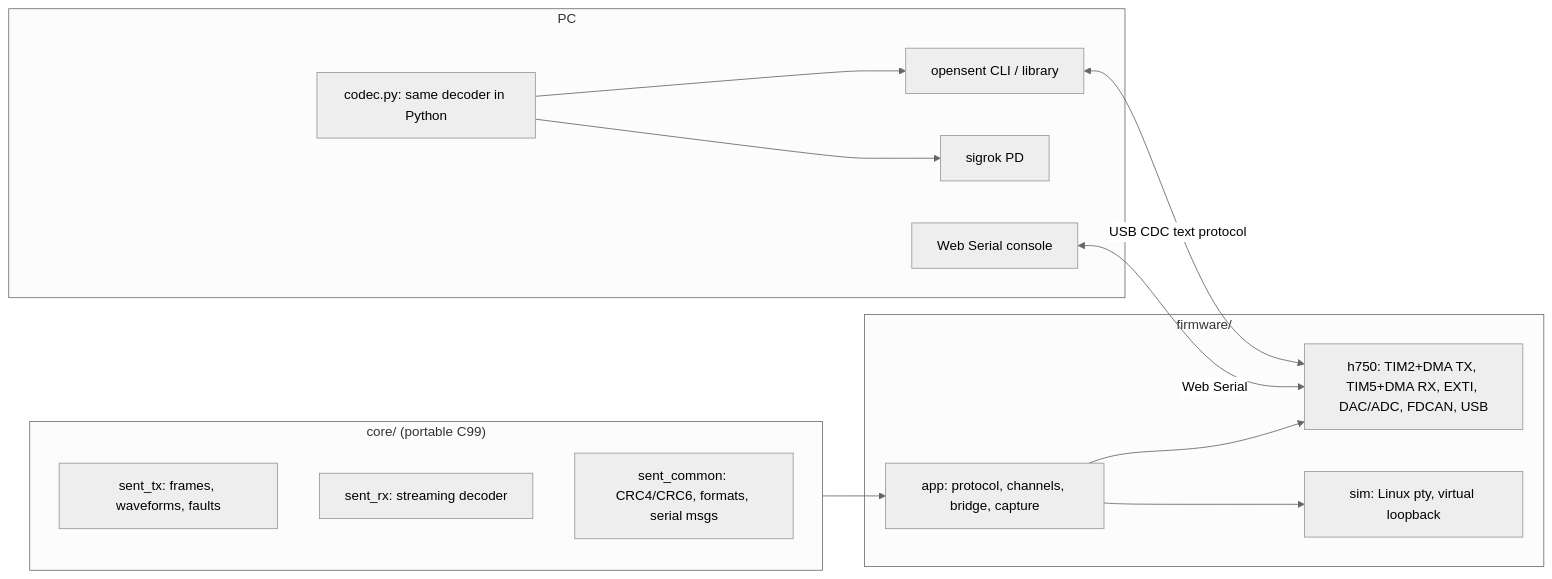
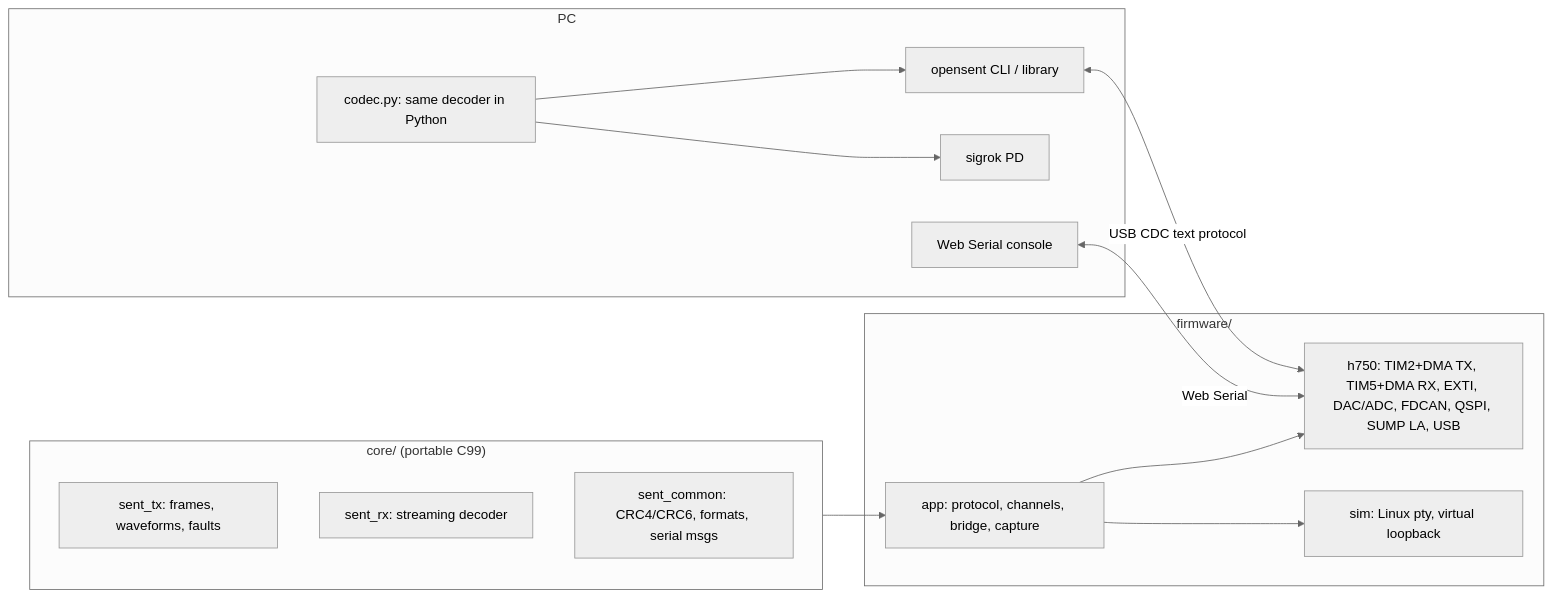
Before and after one commit to gabrielfontini/opensent: the diagram in README.md, drawn with Mermaid (neutral theme). The commit also changed other lines of this file and 17 other files, not shown here.

First line of the commit message:
16-channel SUMP/OLS logic analyzer on a second USB CDC port (sigrok/PulseView ols driver)

````diff
--- a/README.md
+++ b/README.md
@@ -150,25 +160,25 @@
 ```mermaid
 flowchart LR
   subgraph core["core/ (portable C99)"]
     TXC[sent_tx: frames, waveforms, faults]
     RXC[sent_rx: streaming decoder]
     SC[sent_common: CRC4/CRC6, formats, serial msgs]
   end
   subgraph fw["firmware/"]
     APP[app: protocol, channels, bridge, capture]
-    H7[h750: TIM2+DMA TX, TIM5+DMA RX, EXTI, DAC/ADC, FDCAN, USB]
+    H7[h750: TIM2+DMA TX, TIM5+DMA RX, EXTI, DAC/ADC, FDCAN, QSPI, SUMP LA, USB]
     SIM[sim: Linux pty, virtual loopback]
   end
   subgraph host["PC"]
     PY[opensent CLI / library]
     COD[codec.py: same decoder in Python]
     PD[sigrok PD]
     WEB[Web Serial console]
   end
   core --> APP --> H7
   APP --> SIM
   PY <-->|USB CDC text protocol| H7
   WEB <-->|Web Serial| H7
   COD --> PY
   COD --> PD
 ```
````
